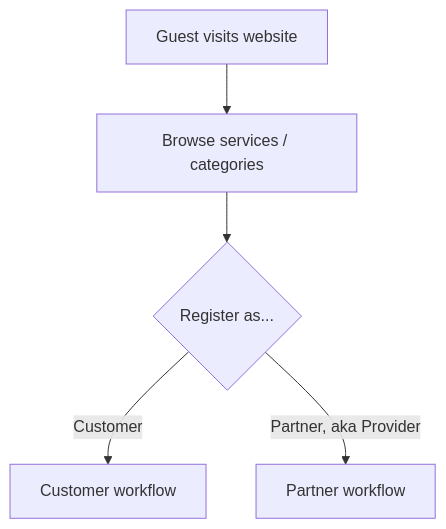
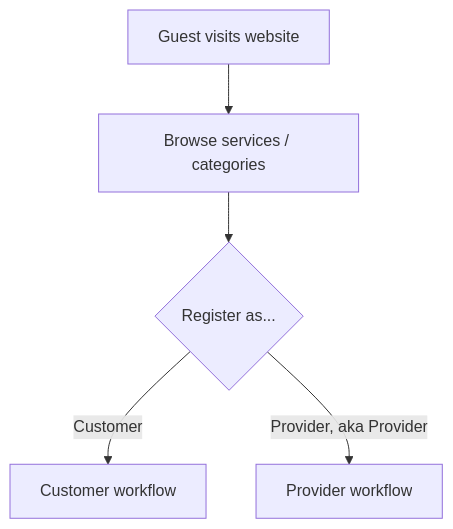
The first of 9 diagrams in docs/WORKFLOW.md (SantoshGitlab/nestly), drawn with Mermaid before and after one commit. The commit also changed other lines of this file and 488 other files, not shown here.

````diff
--- a/docs/WORKFLOW.md
+++ b/docs/WORKFLOW.md
@@ -37,7 +37,7 @@
 ```mermaid
 flowchart TD
     A[Guest visits website] --> B[Browse services / categories]
     B --> C{Register as...}
     C -->|Customer| D[Customer workflow]
-    C -->|Partner, aka Provider| E[Partner workflow]
+    C -->|Provider, aka Provider| E[Provider workflow]
 ```
````
